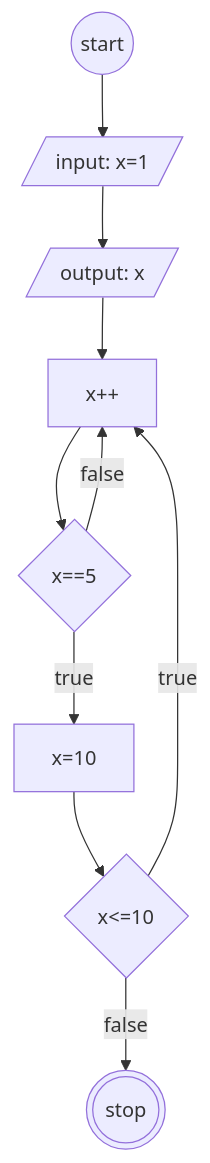
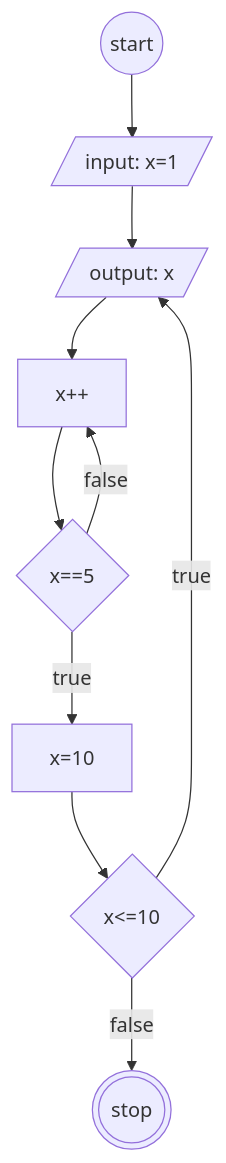
Before and after one commit to mslthn/koda-b6-javascript1: the second of 2 diagrams in flowchart-loop.md, drawn with Mermaid.

````diff
--- a/flowchart-loop.md
+++ b/flowchart-loop.md
@@ -22,20 +22,20 @@
 ```mermaid
 flowchart TD
 start@{shape: circ}
 init@{shape: lean-r, label: "input: x=1"}
 for@{shape: diamond, label: "x<=10"}
 cons@{shape: lean-r, label: "output: x"}
 if@{shape: diamond, label: "x==5"}
 ifTrue@{shape: rect, label: "x=10"}
 update@{shape: rect, label: "x++"}
 forStop@{shape: dbl-circ, label: "stop"}
 
 start-->init
 init-->cons
 cons-->update-->if
 if-->|true| ifTrue
 if-->|false| update
 ifTrue-->for
 for-->|false| forStop
-for-->|true| update
+for-->|true| cons
 ```
````
